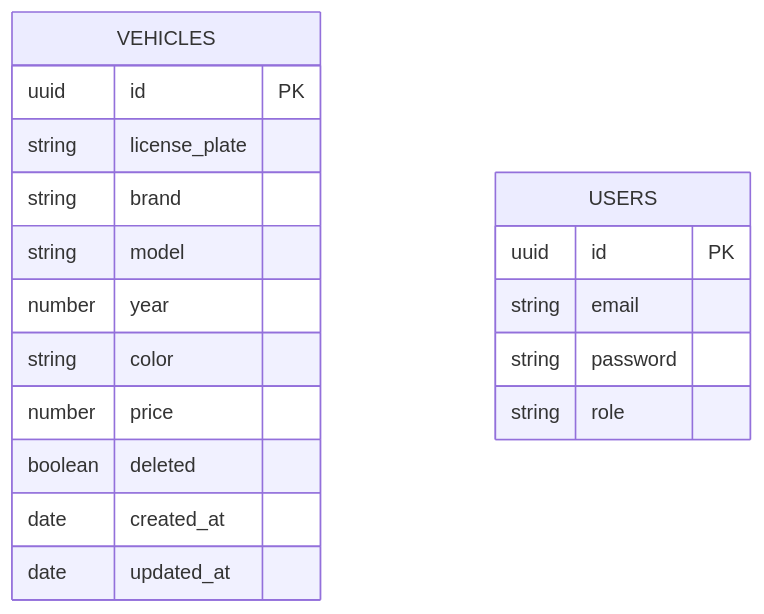
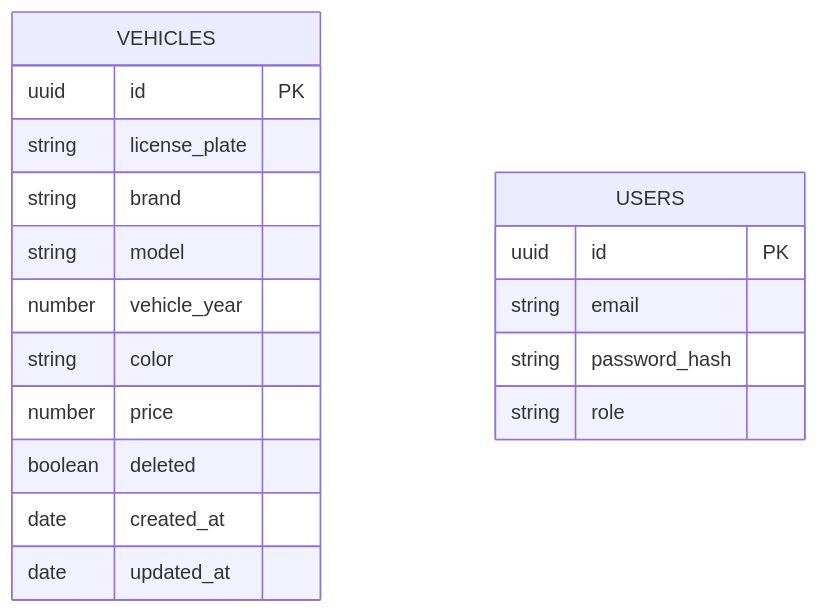
The first of 3 diagrams in README.md (guvitorino/api-veiculos), drawn with Mermaid before and after one commit. The commit also changed other lines of this file, not shown here.

````diff
--- a/README.md
+++ b/README.md
@@ -3,23 +73,22 @@
 ```mermaid
-    erDiagram
+erDiagram
     VEHICLES {
         uuid id PK
         string license_plate
         string brand
         string model
-        number year
+        number vehicle_year
         string color
         number price
         boolean deleted
         date created_at
         date updated_at
     }
 
     USERS {
         uuid id PK
         string email
-        string password
-        string role 
+        string password_hash
+        string role
     }
-
 ```
````
